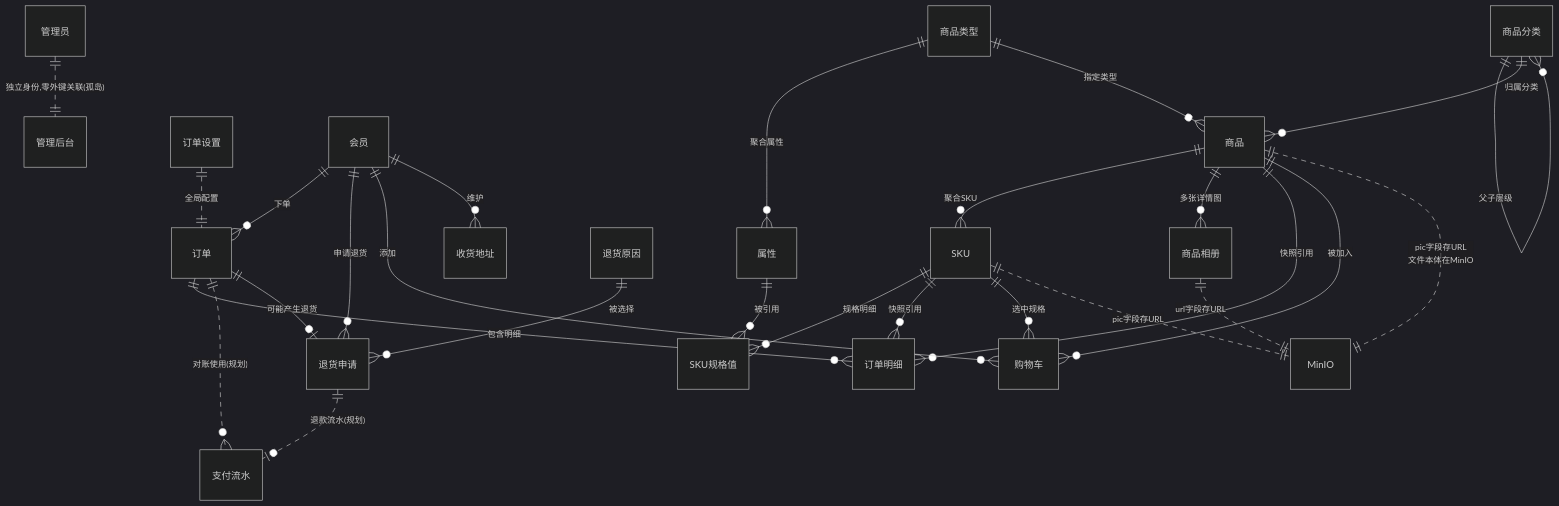
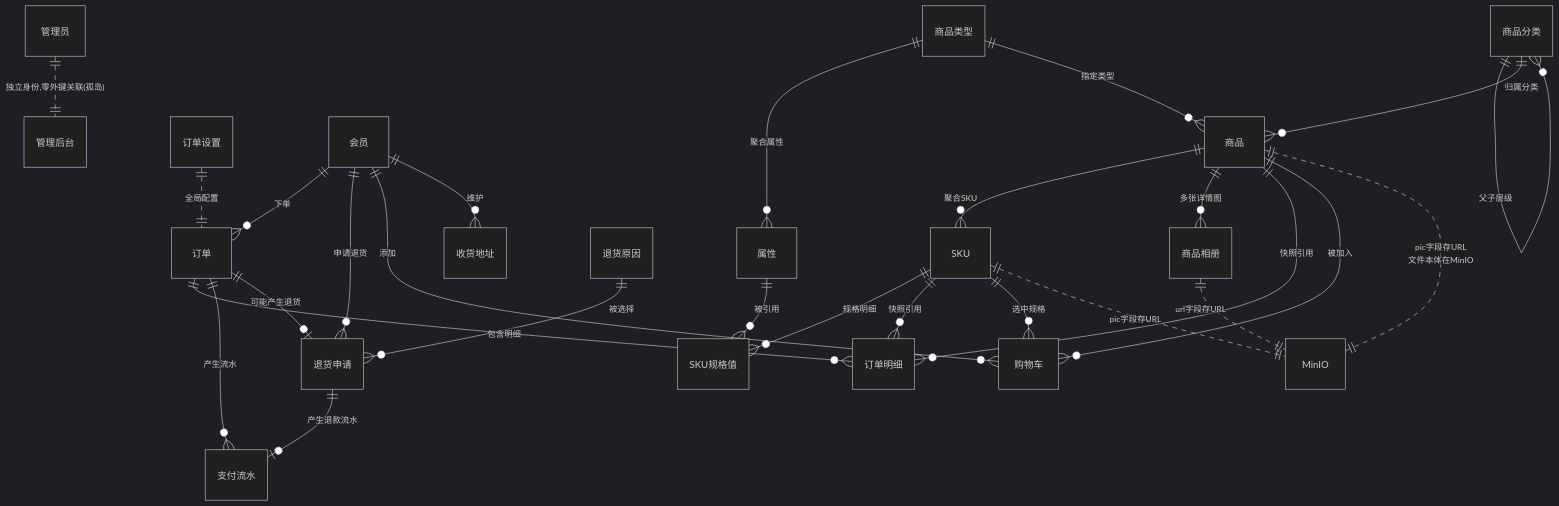
One commit to zzy-repo/qiqi-mall changed the diagram in docs/er/10-ER图-总览.mmd. Above: the diagram before and after it, drawn with Mermaid (dark theme). The commit also changed 56 other files, not shown here.

Commit message:
feat: 图片上传(MinIO链路) + 死锁重试与幂等令牌 + 订单号并发唯一 + C端订单分页 + docs 同步

```diff
--- a/docs/er/10-ER图-总览.mmd
+++ b/docs/er/10-ER图-总览.mmd
@@ -1,27 +1,27 @@
 erDiagram
     商品分类 ||--o{ 商品分类 : "父子层级"
     商品分类 ||--o{ 商品 : "归属分类"
     商品类型 ||--o{ 属性 : "聚合属性"
     商品类型 ||--o{ 商品 : "指定类型"
     商品 ||--o{ SKU : "聚合SKU"
     SKU ||--o{ SKU规格值 : "规格明细"
     属性 ||--o{ SKU规格值 : "被引用"
     商品 ||--o{ 商品相册 : "多张详情图"
     订单 ||--o{ 订单明细 : "包含明细"
-    订单 ||..o{ 支付流水 : "对账使用(规划)"
-    退货申请 ||..o| 支付流水 : "退款流水(规划)"
+    订单 ||--o{ 支付流水 : "产生流水"
+    退货申请 ||--o| 支付流水 : "产生退款流水"
     订单 ||--o| 退货申请 : "可能产生退货"
     退货原因 ||--o{ 退货申请 : "被选择"
     订单设置 ||..|| 订单 : "全局配置"
     商品 ||--o{ 订单明细 : "快照引用"
     SKU ||--o{ 订单明细 : "快照引用"
     会员 ||--o{ 订单 : "下单"
     会员 ||--o{ 退货申请 : "申请退货"
     会员 ||--o{ 购物车 : "添加"
     商品 ||--o{ 购物车 : "被加入"
     SKU ||--o{ 购物车 : "选中规格"
     会员 ||--o{ 收货地址 : "维护"
     管理员 ||..|| 管理后台 : "独立身份,零外键关联(孤岛)"
     商品 ||..|| MinIO : "pic字段存URL<br/>文件本体在MinIO"
     SKU ||..|| MinIO : "pic字段存URL"
     商品相册 ||..|| MinIO : "url字段存URL"
```
